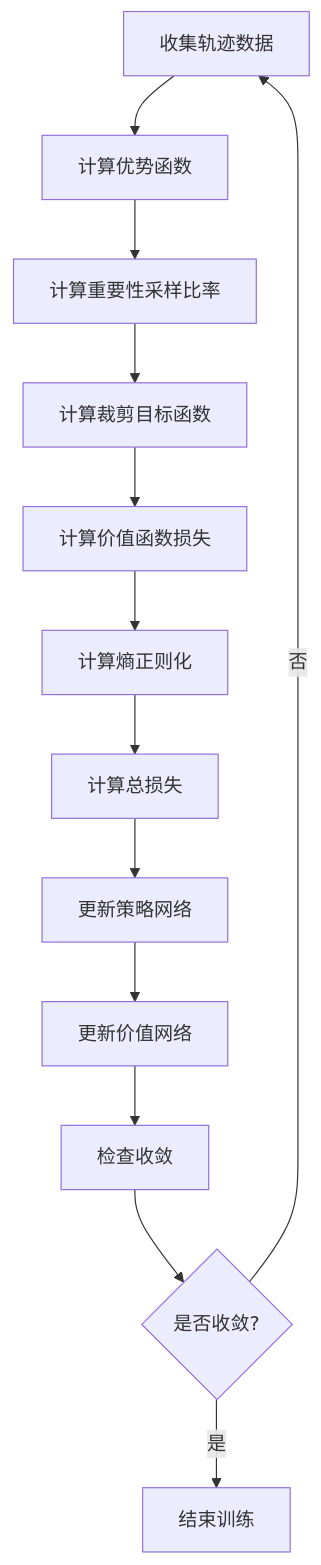
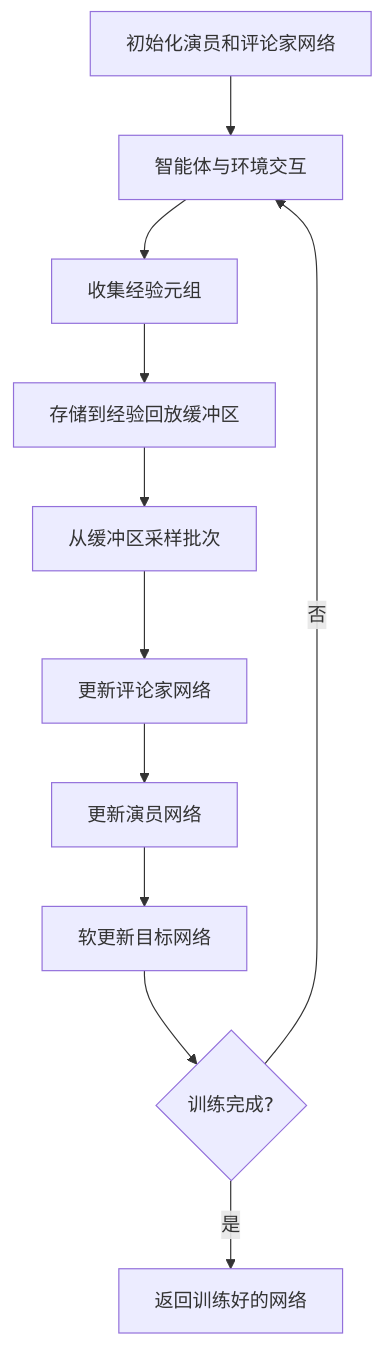
Before and after one commit to AdaMartin18010/FormalModel: the second of 3 diagrams in docs/09-实现示例/通用示例/DEEP_REINFORCEMENT_LEARNING_MULTI_REPRESENTATION.md, drawn with Mermaid. The commit also changed other lines of this file and 7 other files, not shown here.

````diff
--- a/docs/09-实现示例/通用示例/DEEP_REINFORCEMENT_LEARNING_MULTI_REPRESENTATION.md
+++ b/docs/09-实现示例/通用示例/DEEP_REINFORCEMENT_LEARNING_MULTI_REPRESENTATION.md
@@ -275,15 +259,13 @@
 ```mermaid
-graph TD
-    A[收集轨迹数据] --> B[计算优势函数]
-    B --> C[计算重要性采样比率]
-    C --> D[计算裁剪目标函数]
-    D --> E[计算价值函数损失]
-    E --> F[计算熵正则化]
-    F --> G[计算总损失]
-    G --> H[更新策略网络]
-    H --> I[更新价值网络]
-    I --> J[检查收敛]
-    J --> K{是否收敛?}
-    K -->|否| A
-    K -->|是| L[结束训练]
+flowchart TD
+    A[初始化演员和评论家网络] --> B[智能体与环境交互]
+    B --> C[收集经验元组]
+    C --> D[存储到经验回放缓冲区]
+    D --> E[从缓冲区采样批次]
+    E --> F[更新评论家网络]
+    F --> G[更新演员网络]
+    G --> H[软更新目标网络]
+    H --> I{训练完成?}
+    I -->|否| B
+    I -->|是| J[返回训练好的网络]
 ```
````
